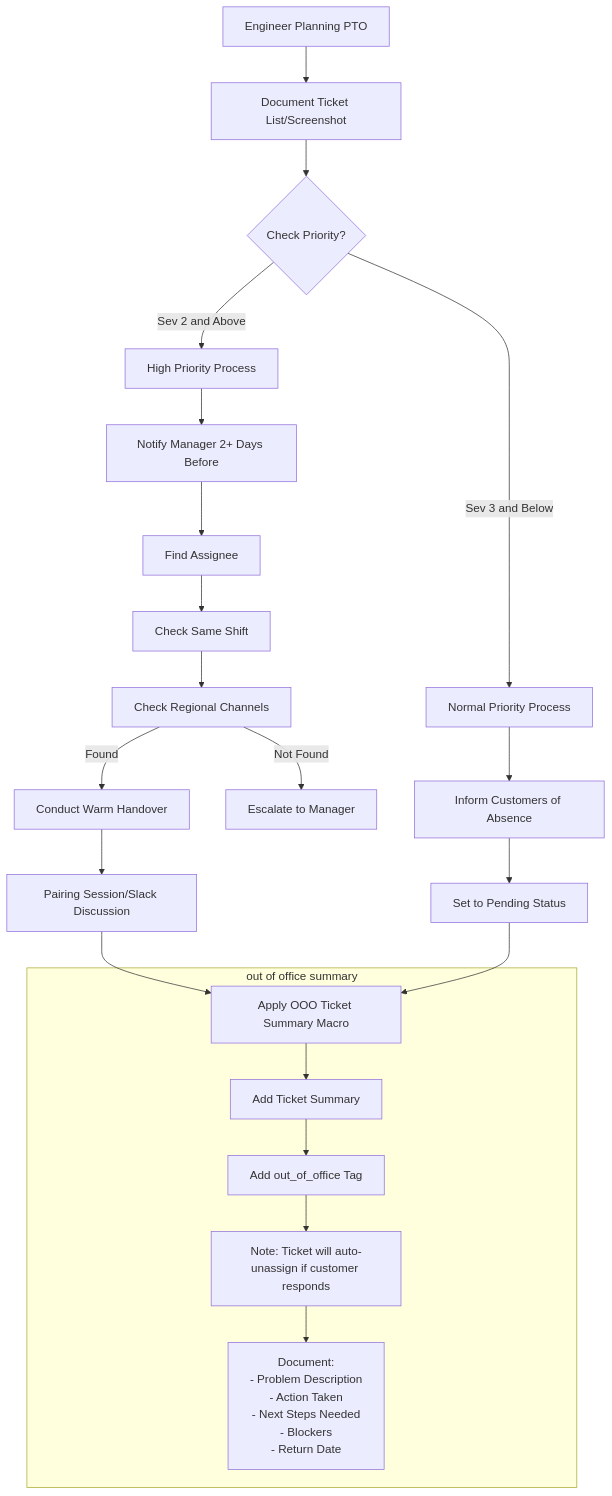
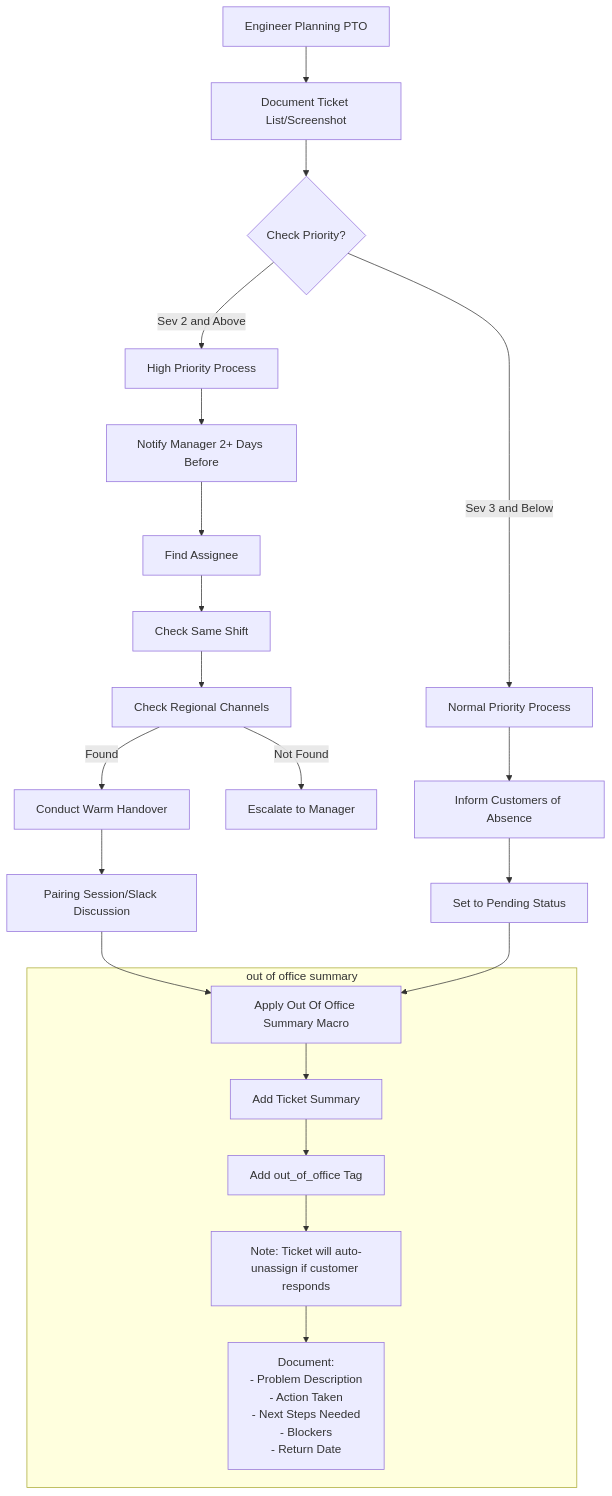
The diagram in content/handbook/support/workflows/ooo-ticket-management.md (zalyoung/gitlab-handbook), drawn with Mermaid before and after one commit.

Commit message:
Reference correct macro in flowchart

````diff
--- a/content/handbook/support/workflows/ooo-ticket-management.md
+++ b/content/handbook/support/workflows/ooo-ticket-management.md
@@ -59,36 +59,36 @@
 ```mermaid
 flowchart TD
     Start[Engineer Planning PTO] --> DocumentTickets[Document Ticket List/Screenshot]
     DocumentTickets --> TicketPriority{Check Priority?}
     
     TicketPriority -->|Sev 2 and Above| HighPriority[High Priority Process]
     TicketPriority -->|Sev 3 and Below| NormalPriority[Normal Priority Process]
     
     HighPriority --> NotifyManager[Notify Manager 2+ Days Before]
     NotifyManager --> FindAssignee[Find Assignee]
     
     FindAssignee --> SameShift[Check Same Shift]
     SameShift --> OtherRegions[Check Regional Channels]
     OtherRegions -->|Found| WarmHandover[Conduct Warm Handover]
     OtherRegions -->|Not Found| EscalateManager[Escalate to Manager]
     
     WarmHandover --> PairingSession[Pairing Session/Slack Discussion]
-    PairingSession --> ApplyMacro[Apply OOO Ticket Summary Macro]
+    PairingSession --> ApplyMacro[Apply Out Of Office Summary Macro]
     
     NormalPriority --> InformCustomer[Inform Customers of Absence]
     InformCustomer --> SetPending[Set to Pending Status]
-    SetPending --> ApplyMacro[Apply OOO Ticket Summary Macro]
+    SetPending --> ApplyMacro[Apply Out Of Office Summary Macro]
     
     
     subgraph MacroDetails [out of office summary]
         ApplyMacro --> Summary[Add Ticket Summary]
         Summary --> AddOOOTag[Add out_of_office Tag]
         AddOOOTag --> AutoUnassign[Note: Ticket will auto-unassign if customer responds]
         AutoUnassign --> DocumentDetails[Document: 
         - Problem Description 
         - Action Taken 
         - Next Steps Needed 
         - Blockers 
         - Return Date]
     end
 ```
````
